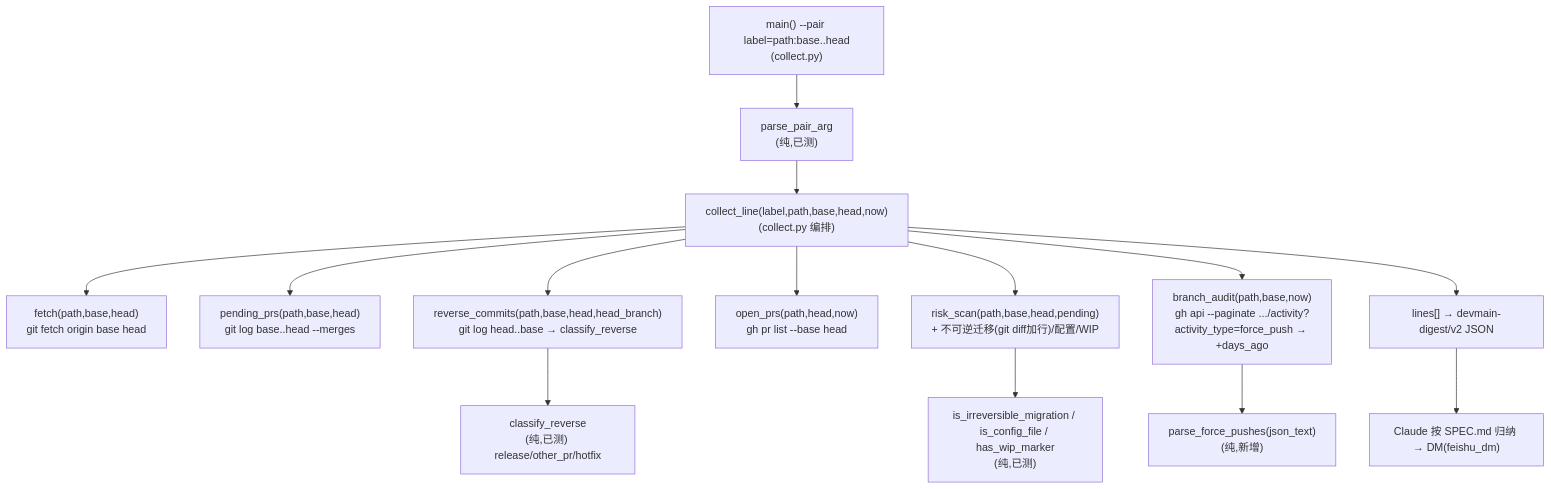
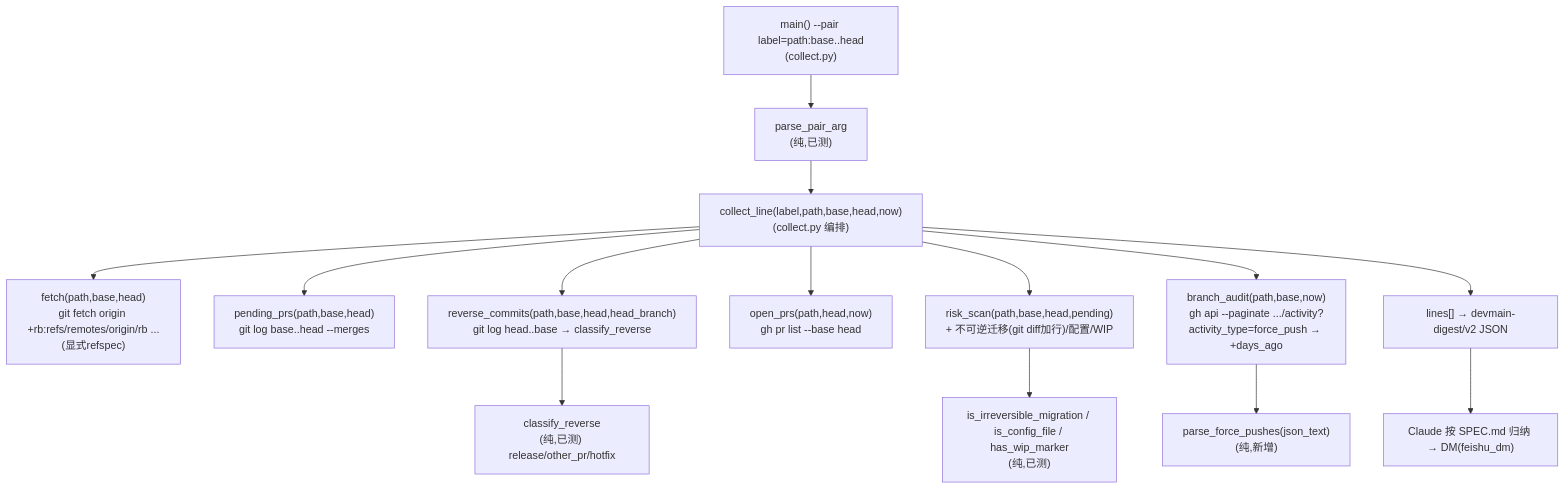
One commit to brookgao/nanoclaw changed the diagram in docs/superpowers/plans/2026-07-16-devmain-brief-6dim.md. Above: the diagram before and after it, drawn with Mermaid. The commit also changed other lines of this file, not shown here.

````diff
--- a/docs/superpowers/plans/2026-07-16-devmain-brief-6dim.md
+++ b/docs/superpowers/plans/2026-07-16-devmain-brief-6dim.md
@@ -30,16 +30,16 @@
 ```mermaid
 flowchart TD
   CLI["main() --pair label=path:base..head<br/>(collect.py)"] --> PP["parse_pair_arg<br/>(纯,已测)"]
   PP --> CL["collect_line(label,path,base,head,now)<br/>(collect.py 编排)"]
-  CL --> FET["fetch(path,base,head)<br/>git fetch origin base head"]
+  CL --> FET["fetch(path,base,head)<br/>git fetch origin +rb:refs/remotes/origin/rb ...(显式refspec)"]
   CL --> PEND["pending_prs(path,base,head)<br/>git log base..head --merges"]
   CL --> REV["reverse_commits(path,base,head,head_branch)<br/>git log head..base → classify_reverse"]
   CL --> OPEN["open_prs(path,head,now)<br/>gh pr list --base head"]
   CL --> RISK["risk_scan(path,base,head,pending)<br/>+ 不可逆迁移(git diff加行)/配置/WIP"]
   CL --> AUD["branch_audit(path,base,now)<br/>gh api --paginate .../activity?activity_type=force_push → +days_ago"]
   AUD --> PFP["parse_force_pushes(json_text)<br/>(纯,新增)"]
   REV --> CR["classify_reverse<br/>(纯,已测) release/other_pr/hotfix"]
   RISK --> IM["is_irreversible_migration / is_config_file / has_wip_marker<br/>(纯,已测)"]
   CL --> DOC["lines[] → devmain-digest/v2 JSON"]
   DOC --> LLM["Claude 按 SPEC.md 归纳 → DM(feishu_dm)"]
 ```
````
